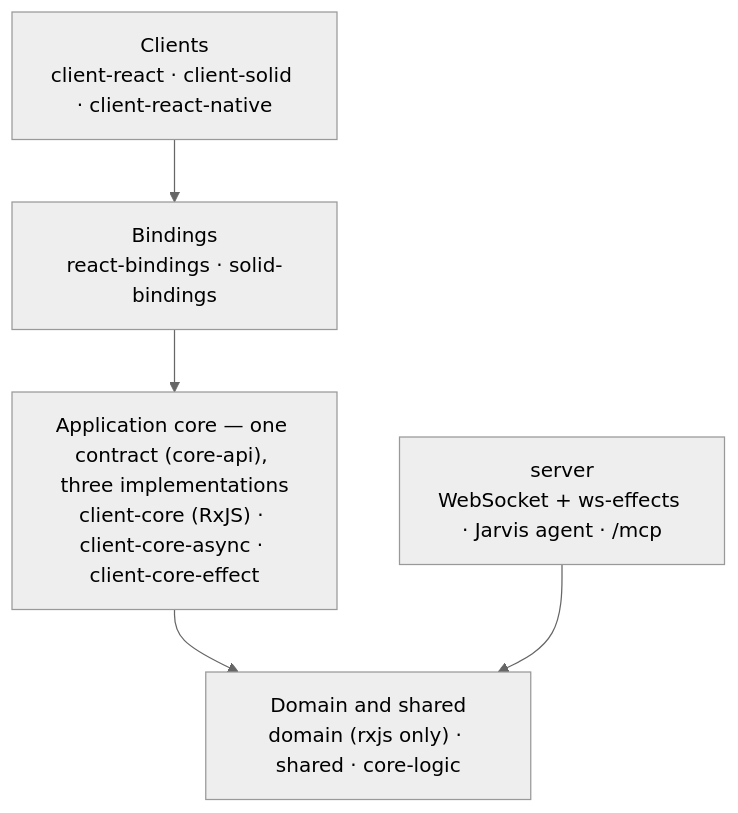
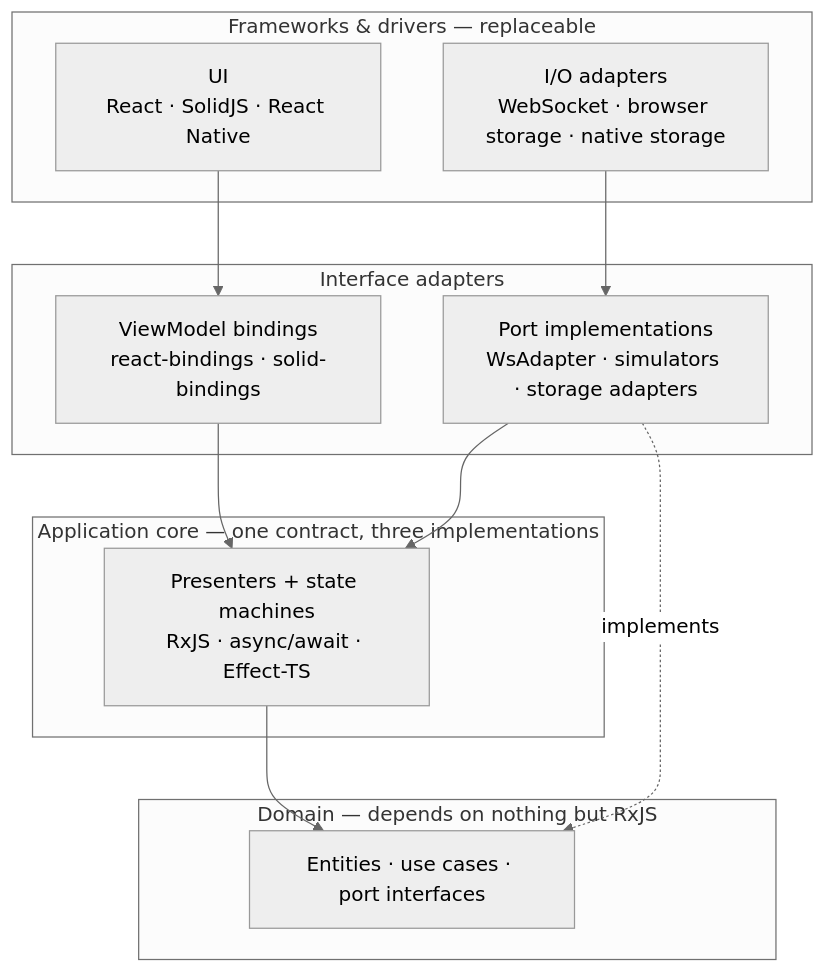
Before and after one commit to bettersoftware-io/ReactiveTraderCloudClone: the first of 2 diagrams in README.md, drawn with Mermaid (neutral theme). The commit also changed other lines of this file and 21 other files, not shown here.

First line of the commit message:
docs(readme): live-app screenshots, Terminal 3D, clean-architecture payoffs

````diff
--- a/README.md
+++ b/README.md
@@ -114,10 +144,21 @@
 ```mermaid
 flowchart TB
-  clients["Clients<br/>client-react · client-solid · client-react-native"]
-  bindings["Bindings<br/>react-bindings · solid-bindings"]
-  core["Application core — one contract (core-api), three implementations<br/>client-core (RxJS) · client-core-async · client-core-effect"]
-  inner["Domain and shared<br/>domain (rxjs only) · shared · core-logic"]
-  server["server<br/>WebSocket + ws-effects · Jarvis agent · /mcp"]
-  clients --> bindings --> core --> inner
-  server --> inner
+  subgraph fw["Frameworks & drivers — replaceable"]
+    ui["UI<br/>React · SolidJS · React Native"]
+    io["I/O adapters<br/>WebSocket · browser storage · native storage"]
+  end
+  subgraph adapters["Interface adapters"]
+    vm["ViewModel bindings<br/>react-bindings · solid-bindings"]
+    ports["Port implementations<br/>WsAdapter · simulators · storage adapters"]
+  end
+  subgraph app["Application core — one contract, three implementations"]
+    core["Presenters + state machines<br/>RxJS · async/await · Effect-TS"]
+  end
+  subgraph dom["Domain — depends on nothing but RxJS"]
+    domain["Entities · use cases · port interfaces"]
+  end
+  ui --> vm --> core
+  io --> ports --> core
+  core --> domain
+  ports -. implements .-> domain
 ```
````
